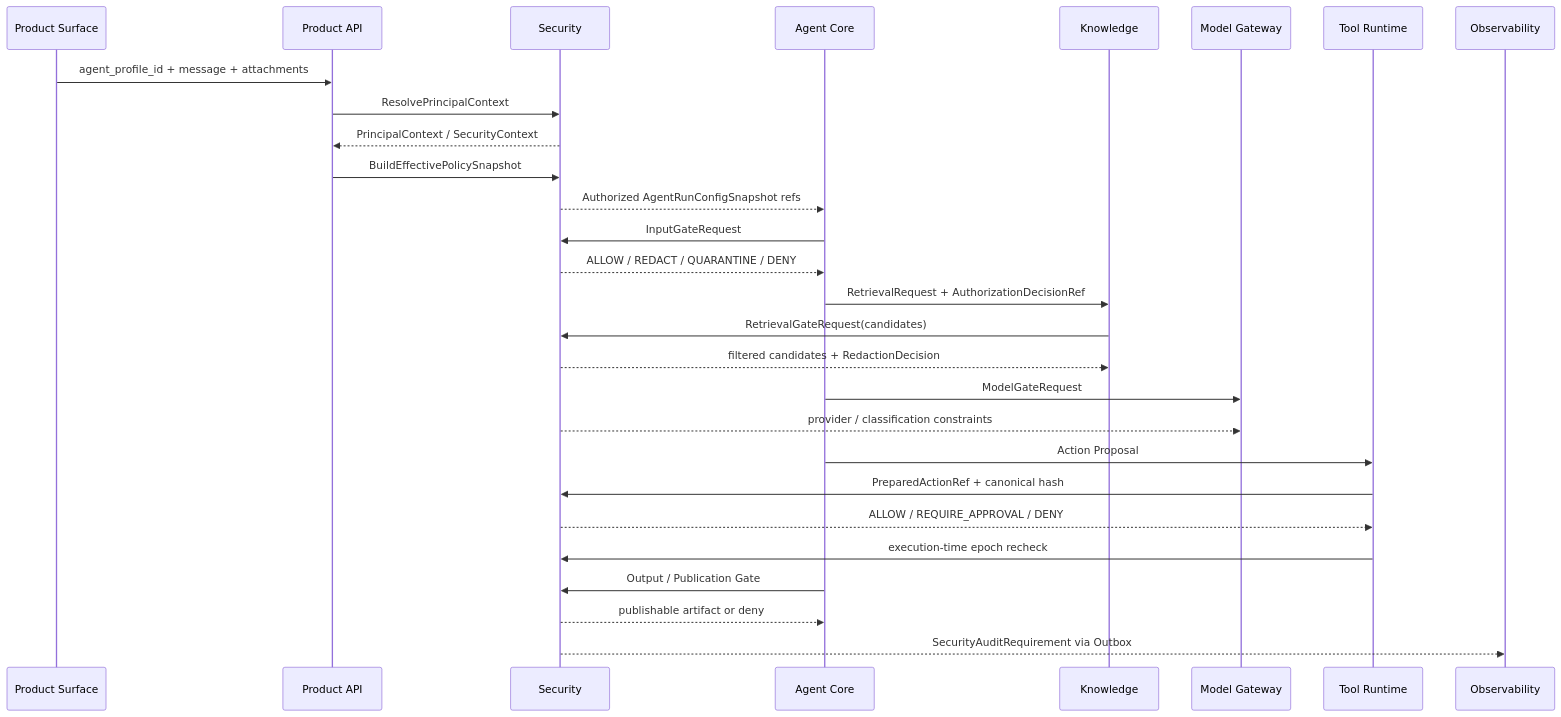
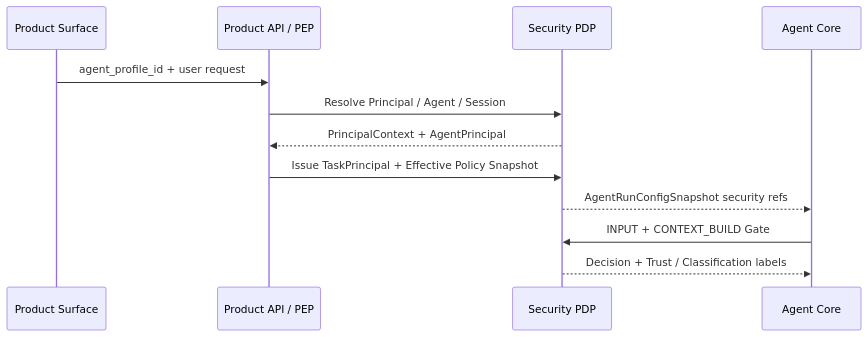
Before and after one commit to ProfessorZhi/Zuno: the second of 2 diagrams in docs/modules/09-security.md, drawn with Mermaid. The commit also changed other lines of this file and 5 other files, not shown here.

Commit message:
docs: complete agentic Security target architecture

````diff
--- a/docs/modules/09-security.md
+++ b/docs/modules/09-security.md
@@ -545,31 +1585,14 @@
 ```mermaid
 sequenceDiagram
     participant UI as Product Surface
-    participant API as Product API
-    participant SEC as Security
+    participant API as Product API / PEP
+    participant SEC as Security PDP
     participant CORE as Agent Core
-    participant KNOW as Knowledge
-    participant MG as Model Gateway
-    participant TOOL as Tool Runtime
-    participant OBS as Observability
-
-    UI->>API: agent_profile_id + message + attachments
-    API->>SEC: ResolvePrincipalContext
-    SEC-->>API: PrincipalContext / SecurityContext
-    API->>SEC: BuildEffectivePolicySnapshot
-    SEC-->>CORE: Authorized AgentRunConfigSnapshot refs
-    CORE->>SEC: InputGateRequest
-    SEC-->>CORE: ALLOW / REDACT / QUARANTINE / DENY
-    CORE->>KNOW: RetrievalRequest + AuthorizationDecisionRef
-    KNOW->>SEC: RetrievalGateRequest(candidates)
-    SEC-->>KNOW: filtered candidates + RedactionDecision
-    CORE->>MG: ModelGateRequest
-    SEC-->>MG: provider / classification constraints
-    CORE->>TOOL: Action Proposal
-    TOOL->>SEC: PreparedActionRef + canonical hash
-    SEC-->>TOOL: ALLOW / REQUIRE_APPROVAL / DENY
-    TOOL->>SEC: execution-time epoch recheck
-    CORE->>SEC: Output / Publication Gate
-    SEC-->>CORE: publishable artifact or deny
-    SEC-->>OBS: SecurityAuditRequirement via Outbox
+    UI->>API: agent_profile_id + user request
+    API->>SEC: Resolve Principal / Agent / Session
+    SEC-->>API: PrincipalContext + AgentPrincipal
+    API->>SEC: Issue TaskPrincipal + Effective Policy Snapshot
+    SEC-->>CORE: AgentRunConfigSnapshot security refs
+    CORE->>SEC: INPUT + CONTEXT_BUILD Gate
+    SEC-->>CORE: Decision + Trust / Classification labels
 ```
````
